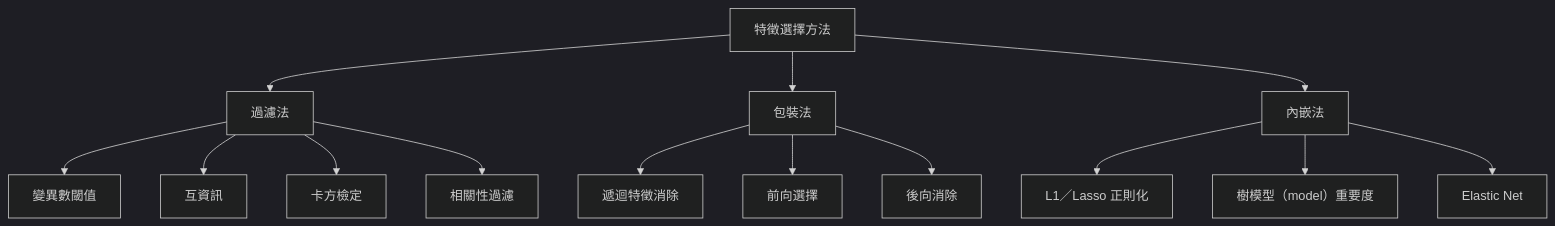
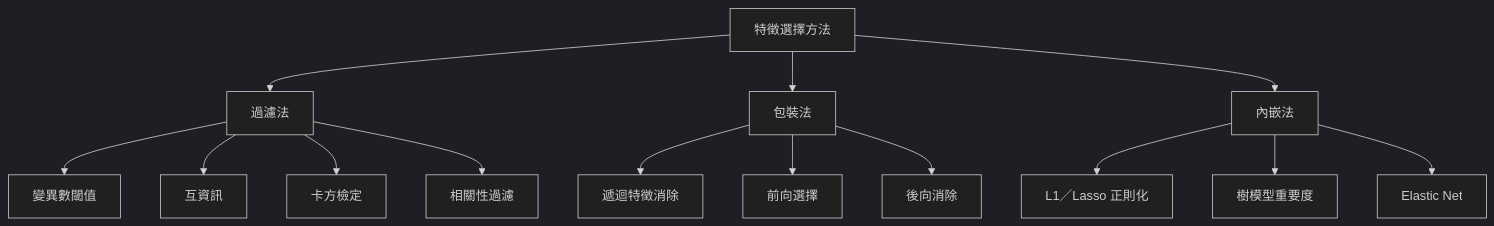
Before and after one commit to edward821220/ai-engineering-from-scratch: the first of 4 diagrams in i18n/zh-TW/phases/02-ml-fundamentals/18-feature-selection/docs/zh-TW.md, drawn with Mermaid (dark theme). The commit also changed other lines of this file and 123 other files, not shown here.

````diff
--- a/i18n/zh-TW/phases/02-ml-fundamentals/18-feature-selection/docs/zh-TW.md
+++ b/i18n/zh-TW/phases/02-ml-fundamentals/18-feature-selection/docs/zh-TW.md
@@ -33,19 +33,19 @@
 ```mermaid
 flowchart TD
     A[特徵選擇方法] --> B[過濾法]
     A --> C[包裝法]
     A --> D[內嵌法]
 
     B --> B1["變異數閾值"]
     B --> B2["互資訊"]
     B --> B3["卡方檢定"]
     B --> B4["相關性過濾"]
 
     C --> C1["遞迴特徵消除"]
     C --> C2["前向選擇"]
     C --> C3["後向消除"]
 
     D --> D1["L1／Lasso 正則化"]
-    D --> D2["樹模型（model）重要度"]
+    D --> D2["樹模型重要度"]
     D --> D3["Elastic Net"]
 ```
````
